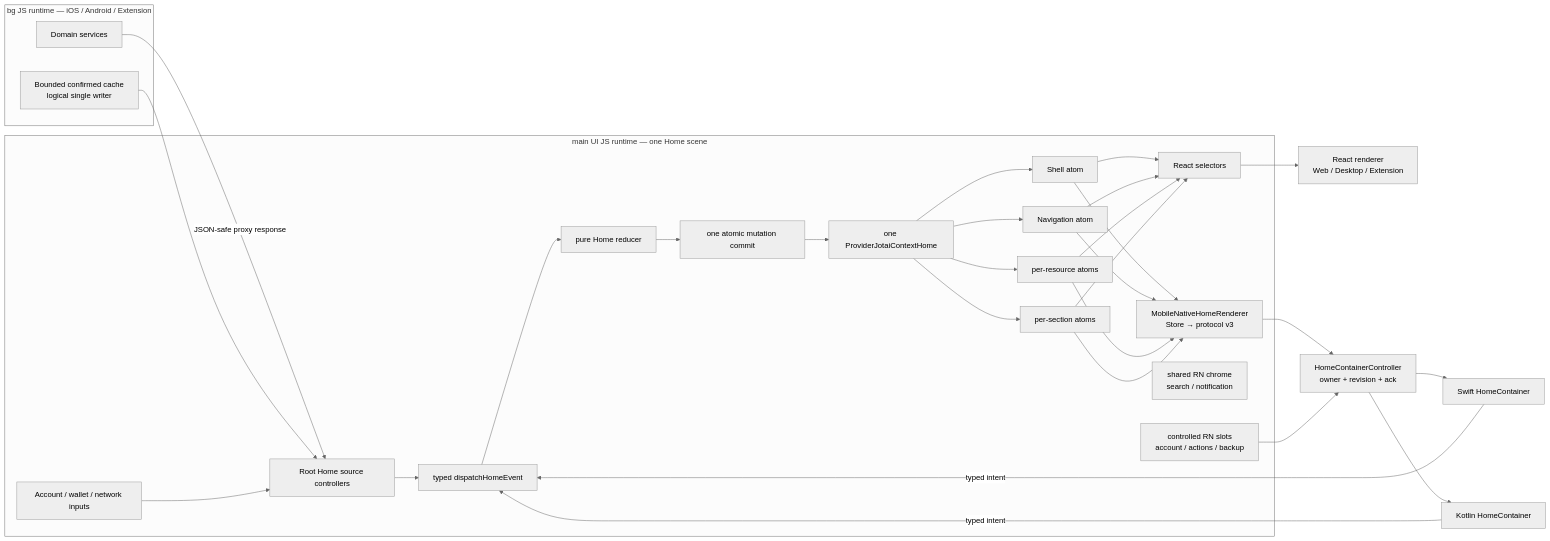
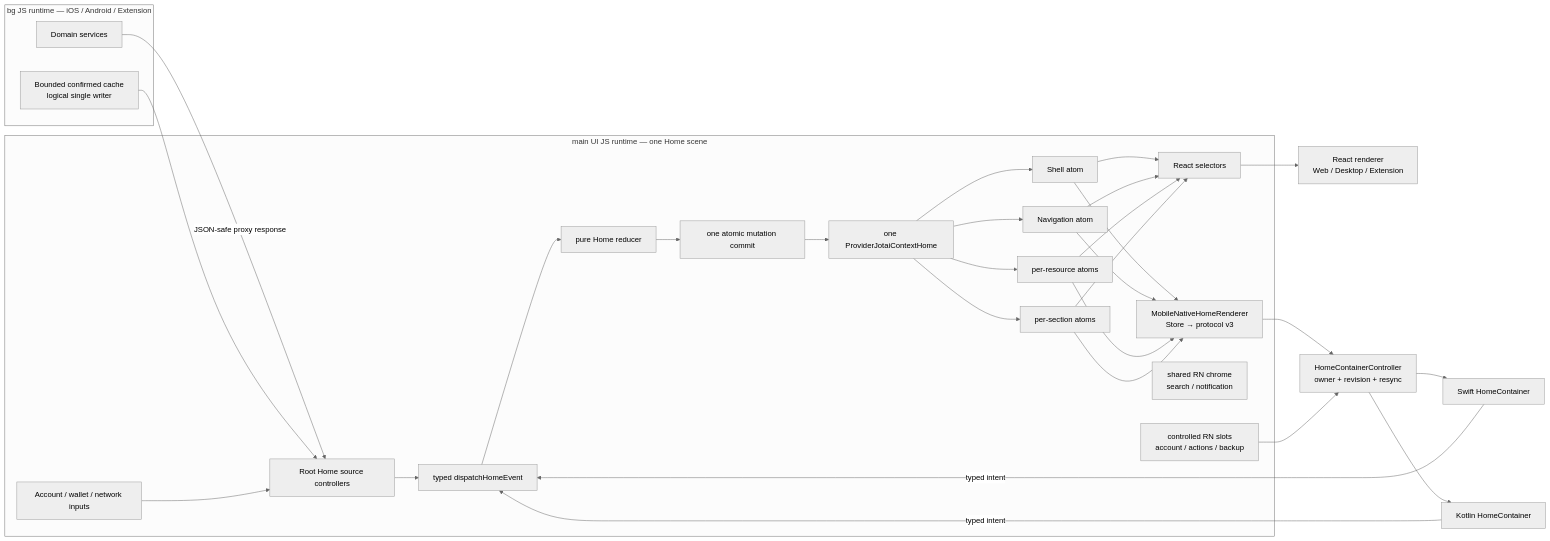
Before and after one commit to OneKeyHQ/app-monorepo: the first of 2 diagrams in HOME_UNIFIED_STORE_MIGRATION_HANDOFF.md, drawn with Mermaid (neutral theme). The commit also changed other lines of this file and 88 other files, not shown here.

Commit message:
fix: stabilize native home owner switching

````diff
--- a/HOME_UNIFIED_STORE_MIGRATION_HANDOFF.md
+++ b/HOME_UNIFIED_STORE_MIGRATION_HANDOFF.md
@@ -204,50 +204,50 @@
 ```mermaid
 flowchart LR
   subgraph SplitBG["bg JS runtime — iOS / Android / Extension"]
     Services["Domain services"]
     ConfirmedCache["Bounded confirmed cache\nlogical single writer"]
   end
 
   subgraph Main["main UI JS runtime — one Home scene"]
     Inputs["Account / wallet / network inputs"]
     Sources["Root Home source controllers"]
     Dispatch["typed dispatchHomeEvent"]
     Reducer["pure Home reducer"]
     Commit["one atomic mutation commit"]
     Store["one ProviderJotaiContextHome"]
     Shell["Shell atom"]
     Navigation["Navigation atom"]
     Resources["per-resource atoms"]
     Sections["per-section atoms"]
     ReactAdapter["React selectors"]
     NativeAdapter["MobileNativeHomeRenderer\nStore → protocol v3"]
     SharedChrome["shared RN chrome\nsearch / notification"]
     SharedSlots["controlled RN slots\naccount / actions / backup"]
   end
 
   ReactRenderer["React renderer\nWeb / Desktop / Extension"]
-  NativeTransport["HomeContainerController\nowner + revision + ack"]
+  NativeTransport["HomeContainerController\nowner + revision + resync"]
   IOS["Swift HomeContainer"]
   Android["Kotlin HomeContainer"]
 
   Services -->|JSON-safe proxy response| Sources
   ConfirmedCache --> Sources
   Inputs --> Sources --> Dispatch --> Reducer --> Commit --> Store
   Store --> Shell
   Store --> Navigation
   Store --> Resources
   Store --> Sections
   Shell --> ReactAdapter
   Navigation --> ReactAdapter
   Resources --> ReactAdapter
   Sections --> ReactAdapter --> ReactRenderer
   Shell --> NativeAdapter
   Navigation --> NativeAdapter
   Resources --> NativeAdapter
   Sections --> NativeAdapter --> NativeTransport
   SharedSlots --> NativeTransport
   NativeTransport --> IOS
   NativeTransport --> Android
   IOS -->|typed intent| Dispatch
   Android -->|typed intent| Dispatch
 ```
````
